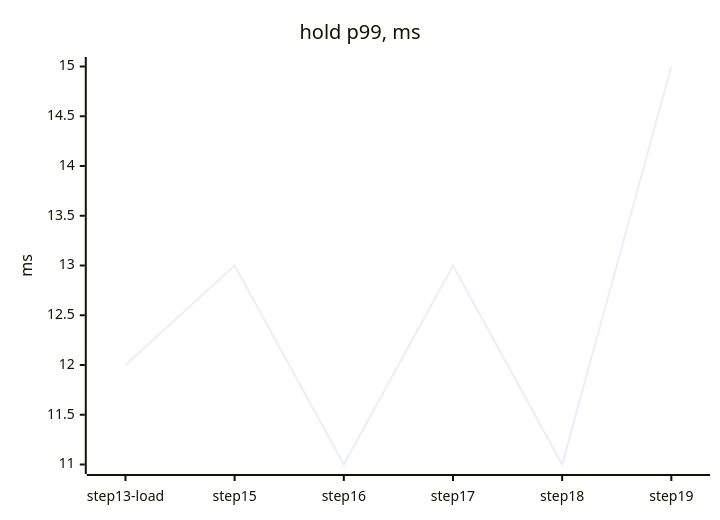
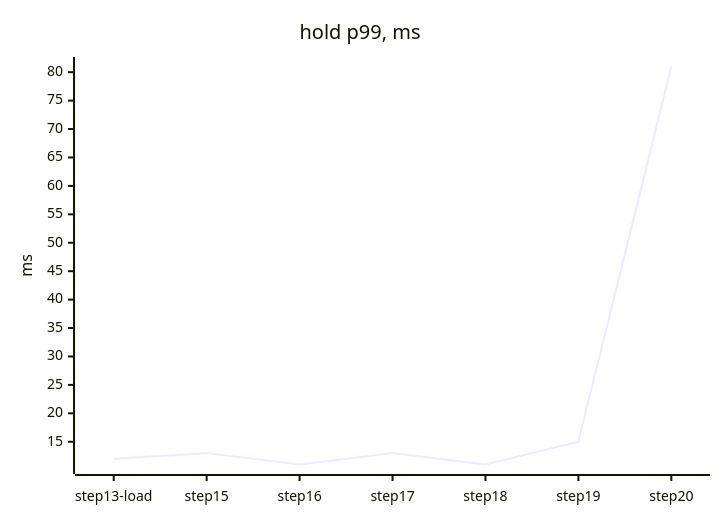
Before and after one commit to tanvoid0/ledgerflow: the second of 4 diagrams in docs/perf/README.md, drawn with Mermaid. The commit also changed other lines of this file and 8 other files, not shown here.

````diff
--- a/docs/perf/README.md
+++ b/docs/perf/README.md
@@ -45,7 +47,7 @@
 ```mermaid
 xychart-beta
     title "hold p99, ms"
-    x-axis ["step13-load", "step15", "step16", "step17", "step18", "step19"]
+    x-axis ["step13-load", "step15", "step16", "step17", "step18", "step19", "step20"]
     y-axis "ms"
-    line [12, 13, 11, 13, 11, 15]
+    line [12, 13, 11, 13, 11, 15, 81]
 ```
````
